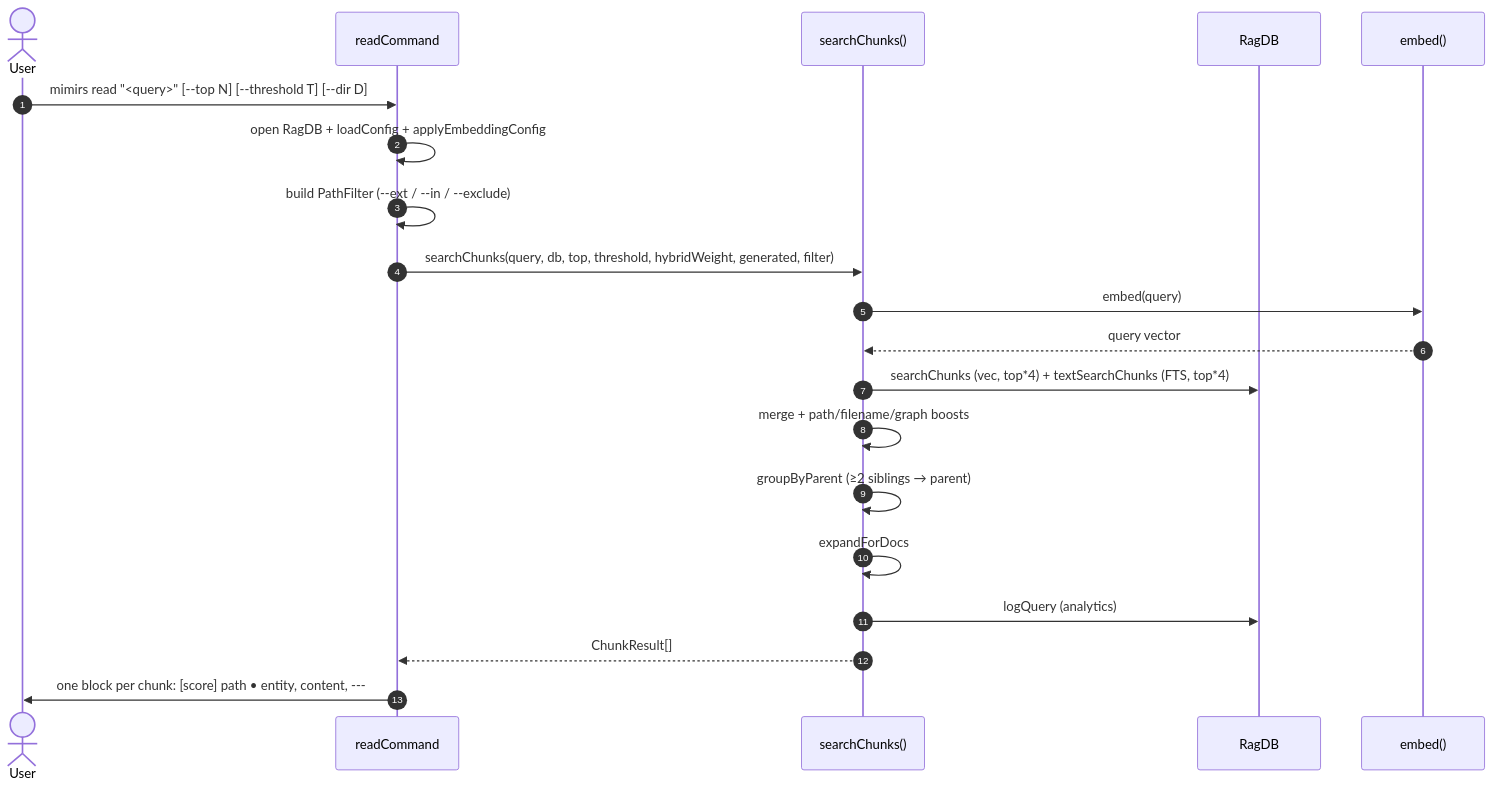
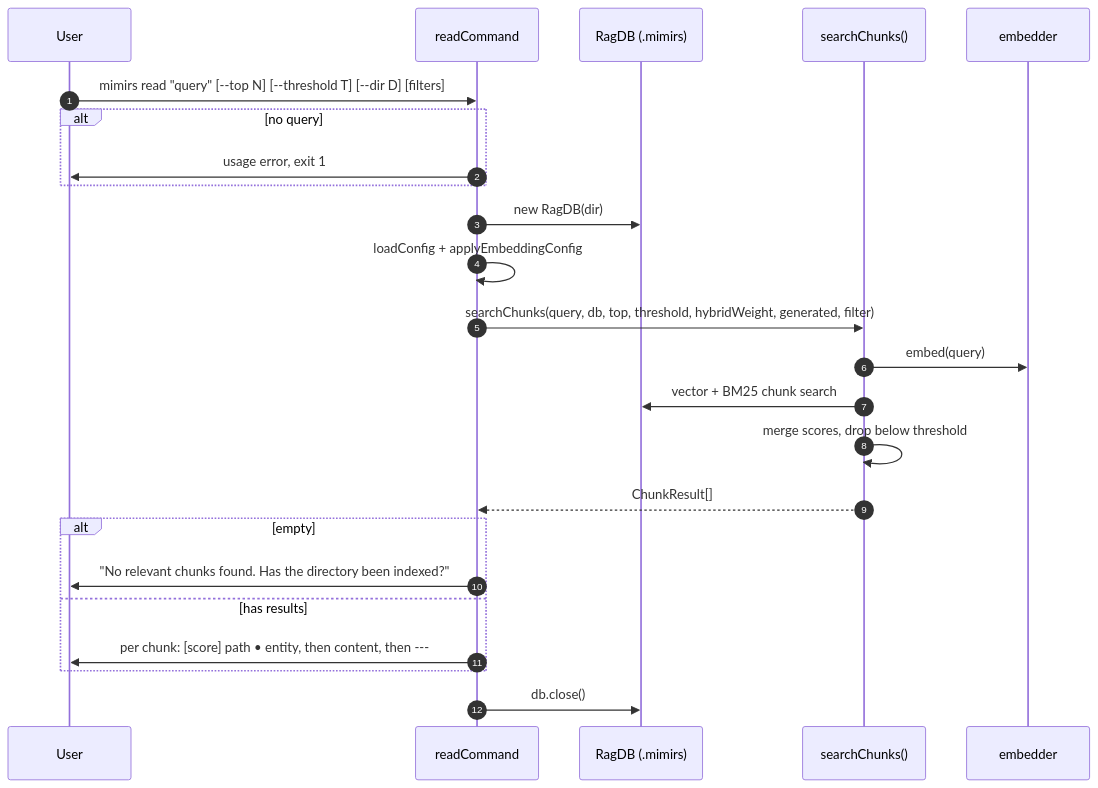
The diagram in wiki/cli/read.md (TheWinci/mimirs), drawn with Mermaid before and after one commit. The commit also changed other lines of this file and 52 other files, not shown here.

````diff
--- a/wiki/cli/read.md
+++ b/wiki/cli/read.md
@@ -9,23 +23,27 @@
 ```mermaid
 sequenceDiagram
     autonumber
-    actor User
+    participant User
     participant Cmd as readCommand
-    participant Hybrid as searchChunks()
-    participant DB as RagDB
-    participant Embed as embed()
+    participant DB as RagDB (.mimirs)
+    participant SearchChunks as searchChunks()
+    participant Embed as embedder
 
-    User->>Cmd: mimirs read "<query>" [--top N] [--threshold T] [--dir D]
-    Cmd->>Cmd: open RagDB + loadConfig + applyEmbeddingConfig
-    Cmd->>Cmd: build PathFilter (--ext / --in / --exclude)
-    Cmd->>Hybrid: searchChunks(query, db, top, threshold, hybridWeight, generated, filter)
-    Hybrid->>Embed: embed(query)
-    Embed-->>Hybrid: query vector
-    Hybrid->>DB: searchChunks (vec, top*4) + textSearchChunks (FTS, top*4)
-    Hybrid->>Hybrid: merge + path/filename/graph boosts
-    Hybrid->>Hybrid: groupByParent (≥2 siblings → parent)
-    Hybrid->>Hybrid: expandForDocs
-    Hybrid->>DB: logQuery (analytics)
-    Hybrid-->>Cmd: ChunkResult[]
-    Cmd->>User: one block per chunk: [score] path • entity, content, ---
+    User->>Cmd: mimirs read "query" [--top N] [--threshold T] [--dir D] [filters]
+    alt no query
+        Cmd->>User: usage error, exit 1
+    end
+    Cmd->>DB: new RagDB(dir)
+    Cmd->>Cmd: loadConfig + applyEmbeddingConfig
+    Cmd->>SearchChunks: searchChunks(query, db, top, threshold, hybridWeight, generated, filter)
+    SearchChunks->>Embed: embed(query)
+    SearchChunks->>DB: vector + BM25 chunk search
+    SearchChunks->>SearchChunks: merge scores, drop below threshold
+    SearchChunks-->>Cmd: ChunkResult[]
+    alt empty
+        Cmd->>User: "No relevant chunks found. Has the directory been indexed?"
+    else has results
+        Cmd->>User: per chunk: [score] path • entity, then content, then ---
+    end
+    Cmd->>DB: db.close()
 ```
````
